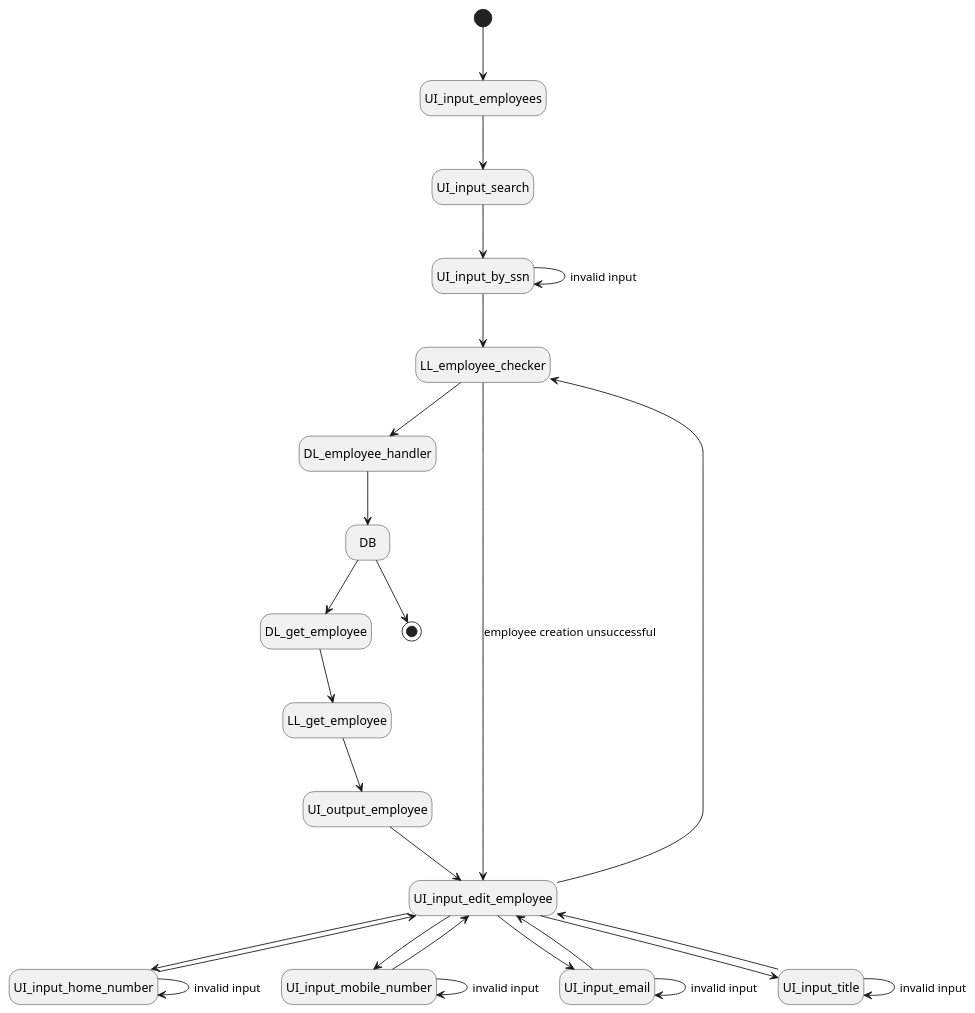
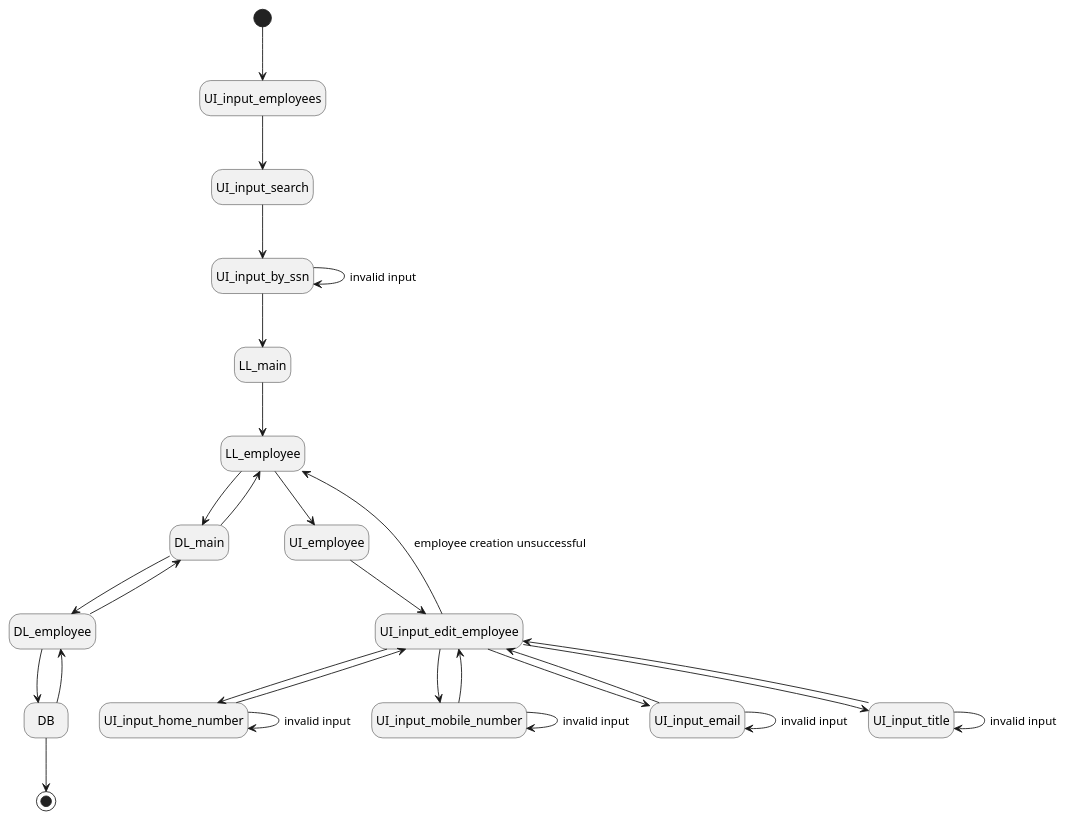
Before and after one commit to irmalexandra/vln1_chuck_nan: the diagram in state_diagrams/edit_employee_info.puml, drawn with PlantUML.

Commit message:
edit employee state diagram

```diff
--- a/state_diagrams/edit_employee_info.puml
+++ b/state_diagrams/edit_employee_info.puml
@@ -1,31 +1,33 @@
 @startuml edit employee info
 hide empty description
 
 [*] -down->  UI_input_employees 
 UI_input_employees -down-> UI_input_search
 UI_input_search -down-> UI_input_by_ssn
 UI_input_by_ssn -down-> UI_input_by_ssn:invalid input
-UI_input_by_ssn -down->  LL_employee_checker
-LL_employee_checker -down-> DL_employee_handler
-DL_employee_handler -down-> DB 
-DB -down-> DL_get_employee
-DL_get_employee -down-> LL_get_employee
-LL_get_employee -down-> UI_output_employee
-UI_output_employee -down-> UI_input_edit_employee
+UI_input_by_ssn -down-> LL_main
+LL_main -down-> LL_employee
+LL_employee -down-> DL_main
+DL_main -down-> DL_employee
+DL_employee -down-> DB 
+DB -down-> DL_employee
+DL_employee -down-> DL_main
+DL_main -down-> LL_employee
+LL_employee -down-> UI_employee
+UI_employee -down-> UI_input_edit_employee
 UI_input_edit_employee -down-> UI_input_home_number
 UI_input_home_number -down-> UI_input_home_number:invalid input
 UI_input_edit_employee -down-> UI_input_mobile_number
 UI_input_mobile_number -down-> UI_input_mobile_number:invalid input
 UI_input_edit_employee -down-> UI_input_email
 UI_input_email -down-> UI_input_email:invalid input
 UI_input_edit_employee -down-> UI_input_title
 UI_input_title -down-> UI_input_title:invalid input
 UI_input_home_number --> UI_input_edit_employee
 UI_input_mobile_number --> UI_input_edit_employee
 UI_input_email --> UI_input_edit_employee
 UI_input_title --> UI_input_edit_employee
-UI_input_edit_employee -down-> LL_employee_checker
-LL_employee_checker --> UI_input_edit_employee:employee creation unsuccessful
+UI_input_edit_employee -down-> LL_employee:employee creation unsuccessful
 DB --> [*]
 
 @enduml
```
